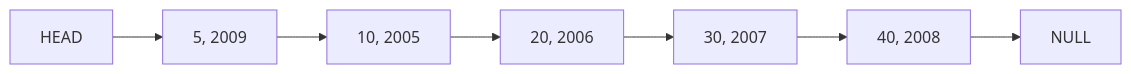
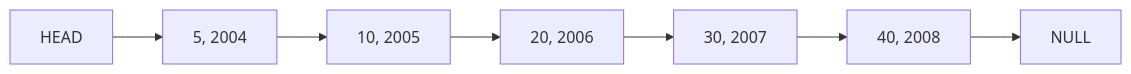
The second of 2 diagrams in LinkedList/README.md (dsnowden25/Labs), drawn with Mermaid before and after one commit. The commit also changed other lines of this file, not shown here.

````diff
--- a/LinkedList/README.md
+++ b/LinkedList/README.md
@@ -85,8 +97,8 @@
 ```mermaid
 graph LR
-    HEAD --> E[5, 2009] --> A
+    HEAD --> E[5, 2004] --> A
     A[10, 2005] --> B[20, 2006]
     B --> C[30, 2007]
     C --> D[40, 2008]
     D --> NULL
 ```
````
